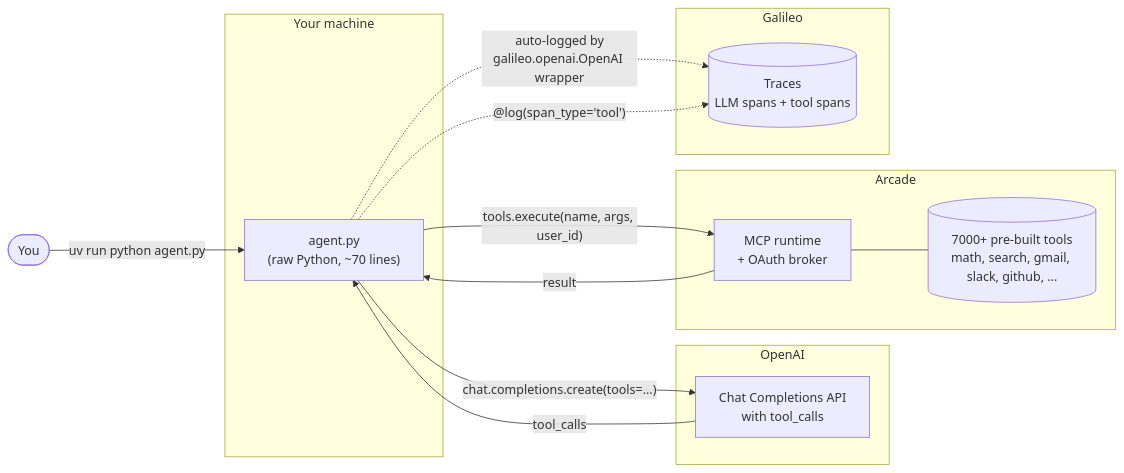
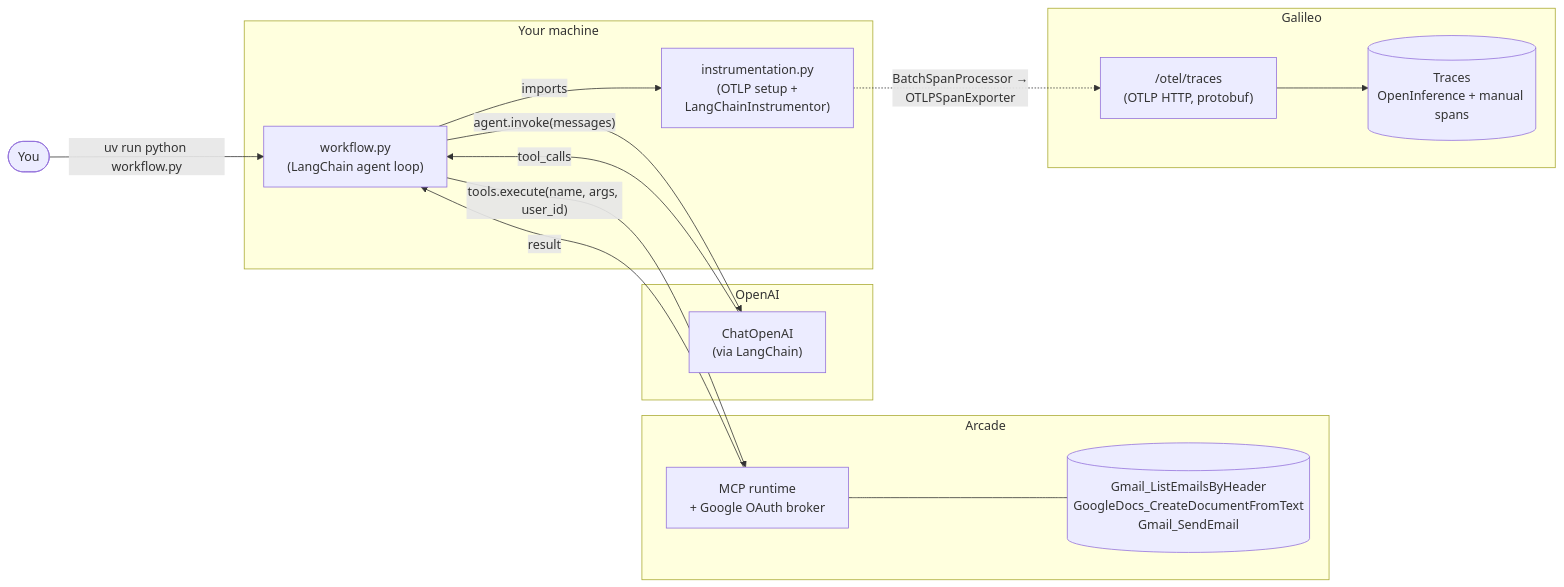
Before and after one commit to robinliubin/arcade_galileo_demo: the diagram in docs/architecture.md, drawn with Mermaid. The commit also changed other lines of this file and 11 other files, not shown here.

````diff
--- a/docs/architecture.md
+++ b/docs/architecture.md
@@ -9,30 +9,33 @@
 ```mermaid
 flowchart LR
     user([You])
 
     subgraph local [Your machine]
-        agent["agent.py<br/>(raw Python, ~70 lines)"]
+        wf["workflow.py<br/>(LangChain agent loop)"]
+        ins["instrumentation.py<br/>(OTLP setup +<br/>LangChainInstrumentor)"]
+        wf -- imports --> ins
     end
 
     subgraph llm [OpenAI]
-        chat["Chat Completions API<br/>with tool_calls"]
+        chat["ChatOpenAI<br/>(via LangChain)"]
     end
 
     subgraph arcade [Arcade]
-        broker["MCP runtime<br/>+ OAuth broker"]
-        tools[("7000+ pre-built tools<br/>math, search, gmail, slack, github, ...")]
+        broker["MCP runtime<br/>+ Google OAuth broker"]
+        tools[("Gmail_ListEmailsByHeader<br/>GoogleDocs_CreateDocumentFromText<br/>Gmail_SendEmail")]
         broker --- tools
     end
 
     subgraph galileo [Galileo]
-        traces[("Traces<br/>LLM spans + tool spans")]
+        otlp["/otel/traces<br/>(OTLP HTTP, protobuf)"]
+        traces[("Traces<br/>OpenInference + manual spans")]
+        otlp --> traces
     end
 
-    user -->|"uv run python agent.py"| agent
-    agent -->|"chat.completions.create(tools=...)"| chat
-    chat -->|"tool_calls"| agent
-    agent -->|"tools.execute(name, args, user_id)"| broker
-    broker -->|"result"| agent
-    agent -.->|"auto-logged by<br/>galileo.openai.OpenAI wrapper"| traces
-    agent -.->|"@log(span_type='tool')"| traces
+    user -->|"uv run python workflow.py"| wf
+    wf -->|"agent.invoke(messages)"| chat
+    chat -->|"tool_calls"| wf
+    wf -->|"tools.execute(name, args, user_id)"| broker
+    broker -->|"result"| wf
+    ins -.->|"BatchSpanProcessor →<br/>OTLPSpanExporter"| otlp
 ```
````
